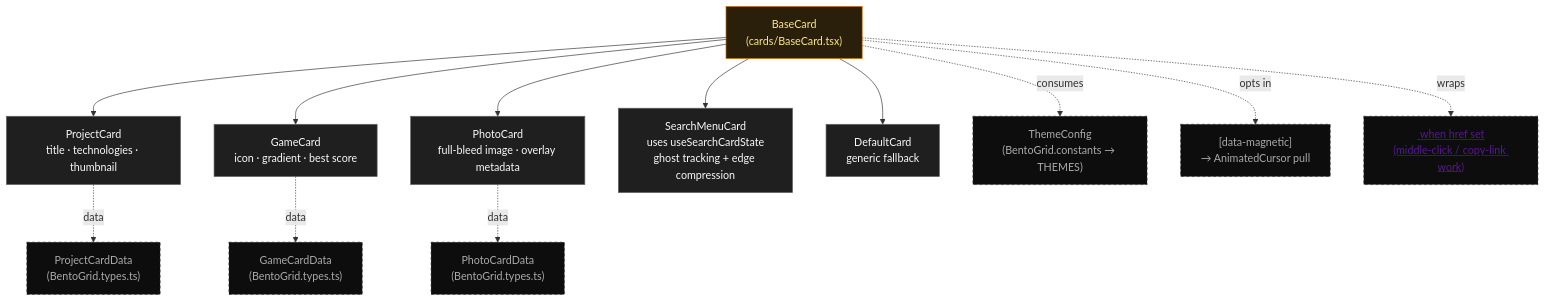
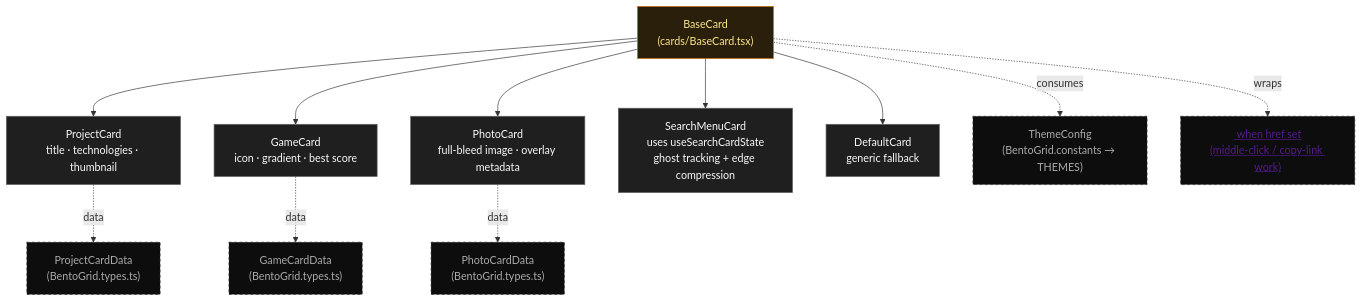
The third of 3 diagrams in docs/architecture.md (ANonABento/BentoSite), drawn with Mermaid before and after one commit. The commit also changed other lines of this file and 2 other files, not shown here.

````diff
--- a/docs/architecture.md
+++ b/docs/architecture.md
@@ -145,25 +142,24 @@
 ```mermaid
 graph TD
   Base["BaseCard<br/>(cards/BaseCard.tsx)"]
 
   Base --> Project["ProjectCard<br/>title · technologies · thumbnail"]
   Base --> Game["GameCard<br/>icon · gradient · best score"]
   Base --> Photo["PhotoCard<br/>full-bleed image · overlay metadata"]
   Base --> Search["SearchMenuCard<br/>uses useSearchCardState<br/>ghost tracking + edge compression"]
   Base --> Default["DefaultCard<br/>generic fallback"]
 
   Project -. data .-> ProjectData["ProjectCardData<br/>(BentoGrid.types.ts)"]
   Game    -. data .-> GameData["GameCardData<br/>(BentoGrid.types.ts)"]
   Photo   -. data .-> PhotoData["PhotoCardData<br/>(BentoGrid.types.ts)"]
 
   Base -. consumes .-> Theme["ThemeConfig<br/>(BentoGrid.constants → THEMES)"]
-  Base -. opts in .-> Magnetic["[data-magnetic]<br/>→ AnimatedCursor pull"]
   Base -. wraps .-> Anchor["<a href> when href set<br/>(middle-click / copy-link work)"]
 
   classDef base fill:#2a1f0a,stroke:#d97706,color:#fde68a
   classDef child fill:#1f1f1f,stroke:#666,color:#fafafa
   classDef note fill:#0d0d0d,stroke:#333,color:#aaa,stroke-dasharray: 4 4
   class Base base
   class Project,Game,Photo,Search,Default child
-  class ProjectData,GameData,PhotoData,Theme,Magnetic,Anchor note
+  class ProjectData,GameData,PhotoData,Theme,Anchor note
 ```
````
